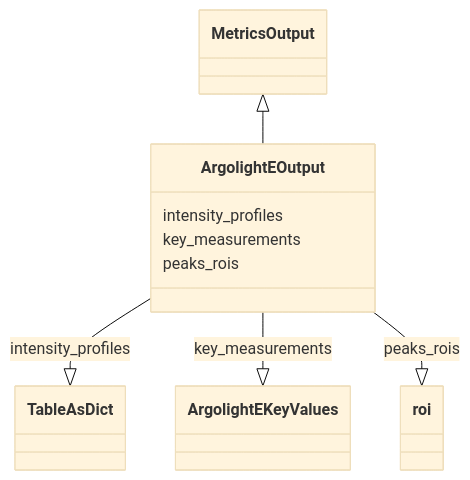
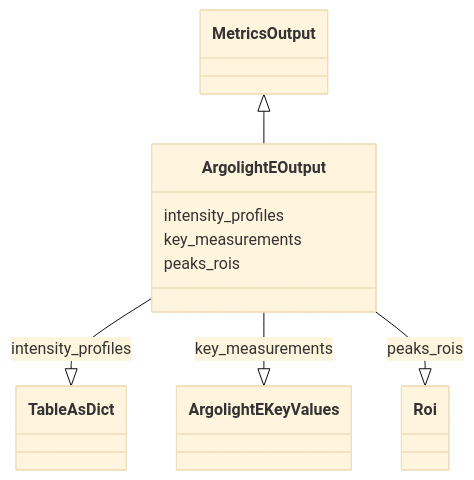
One commit to juliomateoslangerak/microscope-metrics changed the diagram in docs/schema/samples/ArgolightEOutput.md. Above: the diagram before and after it, drawn with Mermaid (base theme). The commit also changed other lines of this file and 146 other files, not shown here.

````diff
--- a/docs/schema/samples/ArgolightEOutput.md
+++ b/docs/schema/samples/ArgolightEOutput.md
@@ -10,19 +10,19 @@
 ```mermaid
  classDiagram
     class ArgolightEOutput
       MetricsOutput <|-- ArgolightEOutput
       
       ArgolightEOutput : intensity_profiles
         
           ArgolightEOutput --|> TableAsDict : intensity_profiles
         
       ArgolightEOutput : key_measurements
         
           ArgolightEOutput --|> ArgolightEKeyValues : key_measurements
         
       ArgolightEOutput : peaks_rois
         
-          ArgolightEOutput --|> roi : peaks_rois
+          ArgolightEOutput --|> Roi : peaks_rois
         
       
 ```
````
